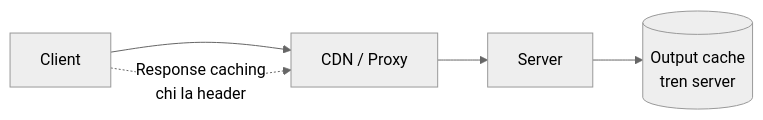
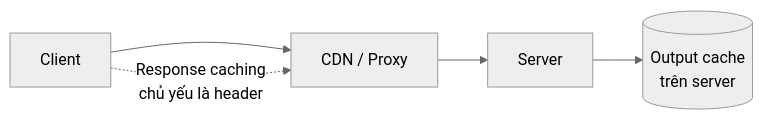
One commit to TienNHM/dotnet-course changed the diagram in lessons/stage-03-aspnet-core-backend/module-09-web-api-professional/9.7-response-caching-and-output-caching.md. Above: the diagram before and after it, drawn with Mermaid (neutral theme). The commit also changed other lines of this file and 10 other files, not shown here.

````diff
--- a/lessons/stage-03-aspnet-core-backend/module-09-web-api-professional/9.7-response-caching-and-output-caching.md
+++ b/lessons/stage-03-aspnet-core-backend/module-09-web-api-professional/9.7-response-caching-and-output-caching.md
@@ -19,7 +21,7 @@
 ```mermaid
 flowchart LR
     C[Client] --> CDN[CDN / Proxy]
     CDN --> S[Server]
-    S --> OC[(Output cache<br/>tren server)]
-    C -.Response caching<br/>chi la header.-> CDN
+    S --> OC[(Output cache<br/>trên server)]
+    C -.Response caching<br/>chủ yếu là header.-> CDN
 ```
````
